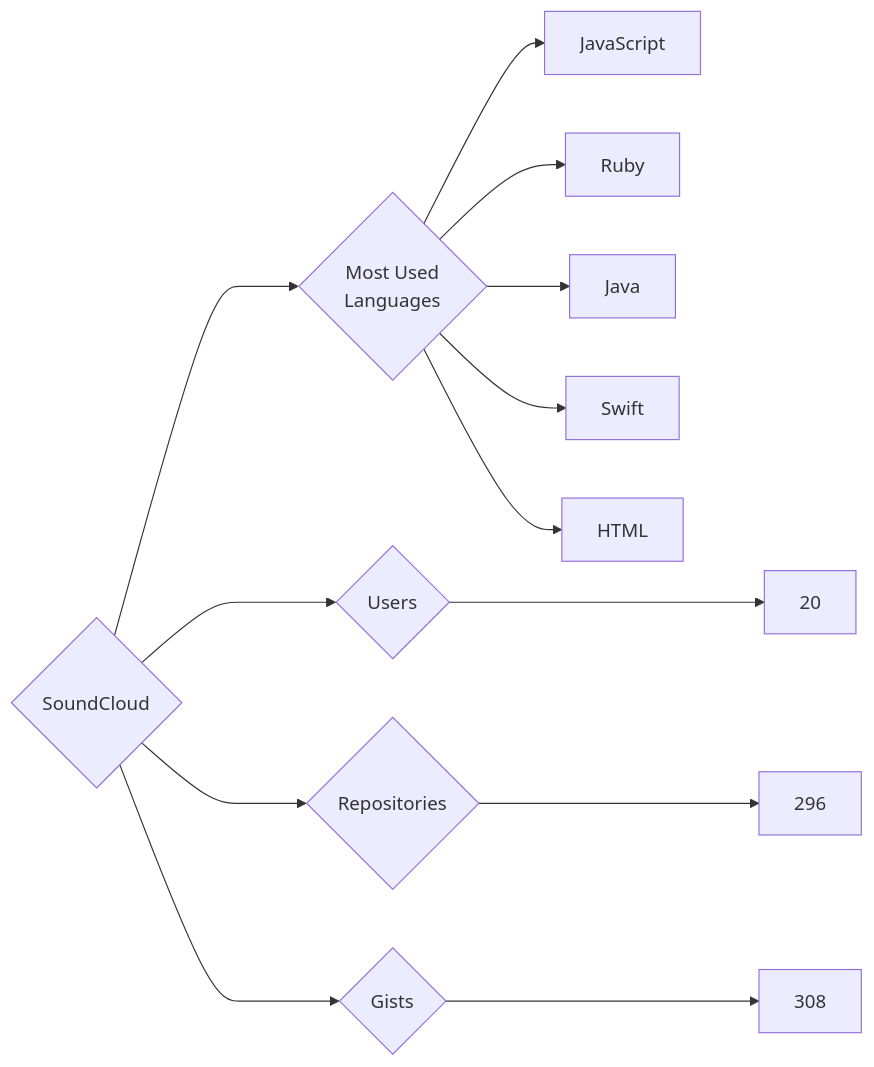
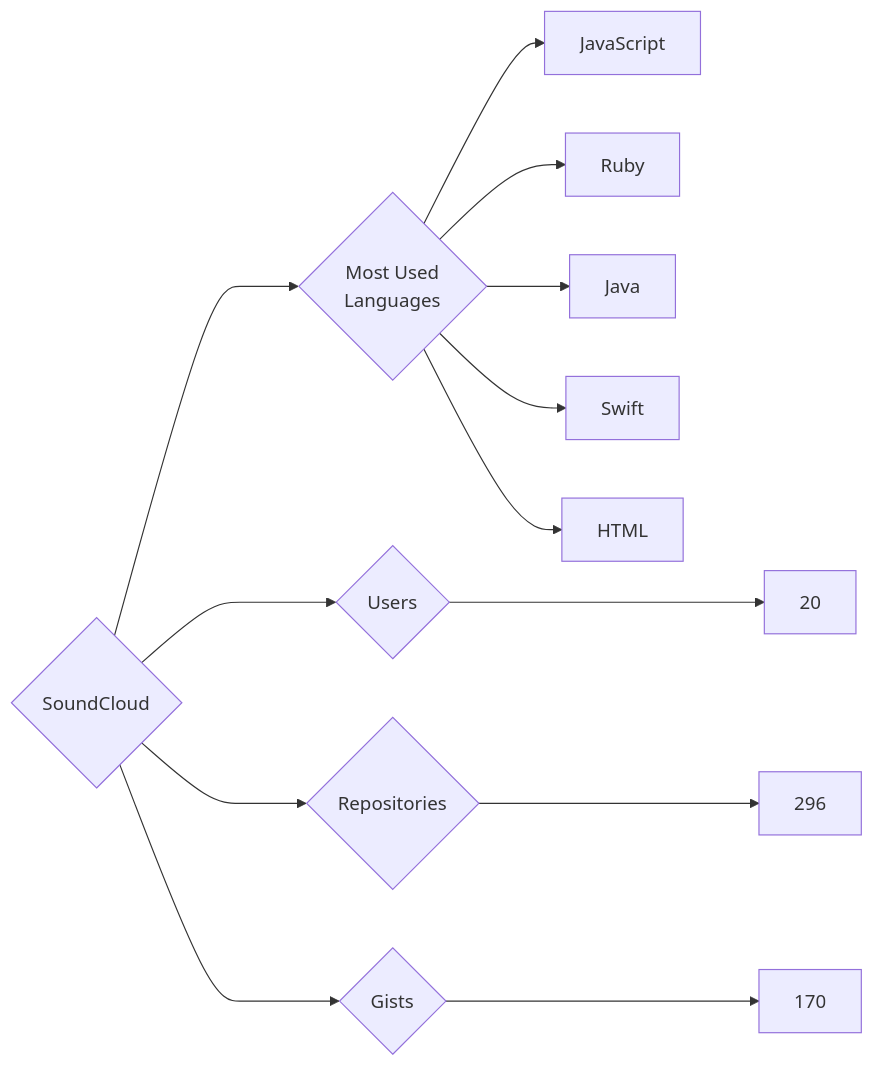
One commit to trickest/insiders changed the diagram in targets/SoundCloud/README.md. Above: the diagram before and after it, drawn with Mermaid. The commit also changed 833 other files, not shown here.

````diff
--- a/targets/SoundCloud/README.md
+++ b/targets/SoundCloud/README.md
@@ -3,13 +3,13 @@
 ```mermaid
 graph LR
 COMPANY_NAME{SoundCloud}
 COMPANY_NAME ---> U{Users} ---> UN[20]
 COMPANY_NAME ---> R{Repositories} ---> RN[296]
-COMPANY_NAME ---> G{Gists} ---> GN[308]
+COMPANY_NAME ---> G{Gists} ---> GN[170]
 COMPANY_NAME ---> ML{Most Used<br>Languages}
 ML --> JavaScript[JavaScript]
 ML --> Ruby[Ruby]
 ML --> Java[Java]
 ML --> Swift[Swift]
 ML --> HTML[HTML]
 ```
````
